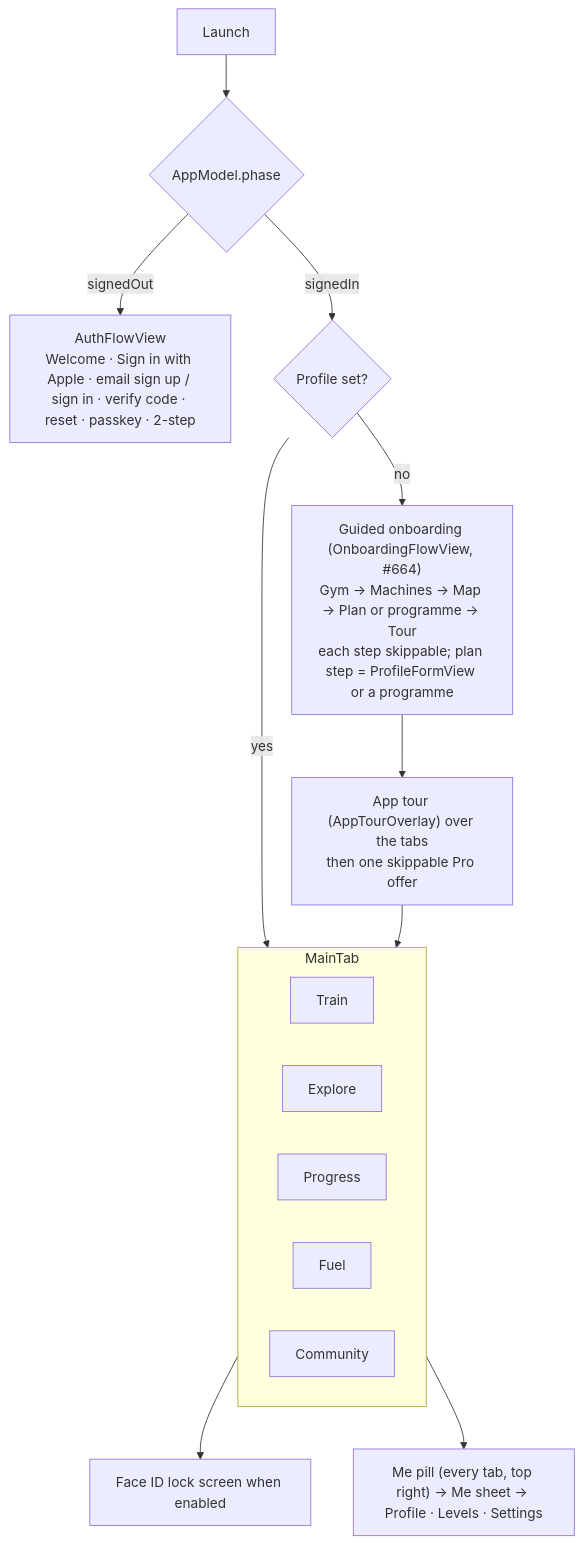
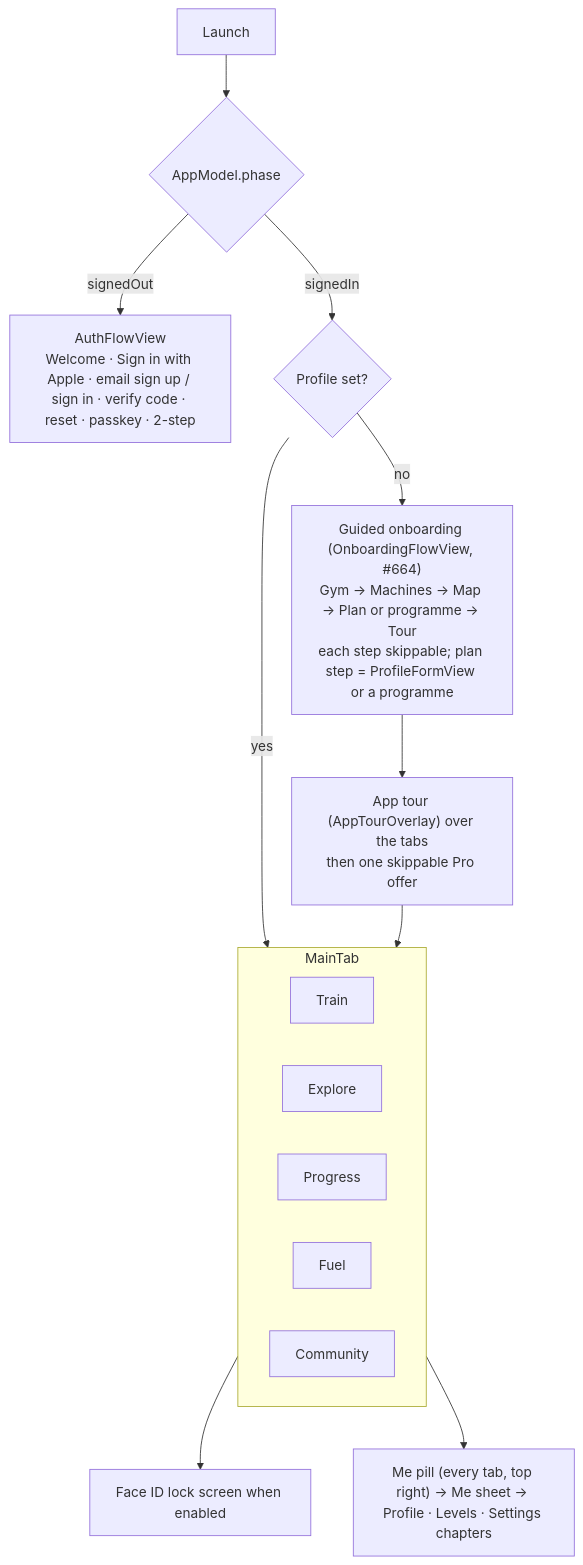
The diagram in docs/ios/app.md (jeanyves-figiel/Gym-Workout), drawn with Mermaid before and after one commit. The commit also changed other lines of this file and 5 other files, not shown here.

First line of the commit message:
Me sheet: hero + Settings chapter tiles (#736) (#737)

````diff
--- a/docs/ios/app.md
+++ b/docs/ios/app.md
@@ -19,19 +19,19 @@
 ```mermaid
 flowchart TD
   Launch --> Phase{AppModel.phase}
   Phase -- signedOut --> Auth["AuthFlowView<br/>Welcome · Sign in with Apple · email sign up / sign in · verify code · reset · passkey · 2-step"]
   Phase -- signedIn --> Onb{"Profile set?"}
   Onb -- no --> Guided["Guided onboarding (OnboardingFlowView, #664)<br/>Gym → Machines → Map → Plan or programme → Tour<br/>each step skippable; plan step = ProfileFormView or a programme"]
   Onb -- yes --> Tabs
   Guided --> Tour["App tour (AppTourOverlay) over the tabs<br/>then one skippable Pro offer"]
   Tour --> Tabs
   subgraph Tabs["MainTab"]
     Train
     Explore
     Progress
     Fuel
     Community
   end
   Tabs --> Lock["Face ID lock screen when enabled"]
-  Tabs --> Me["Me pill (every tab, top right) → Me sheet → Profile · Levels · Settings"]
+  Tabs --> Me["Me pill (every tab, top right) → Me sheet → Profile · Levels · Settings chapters"]
 ```
````
